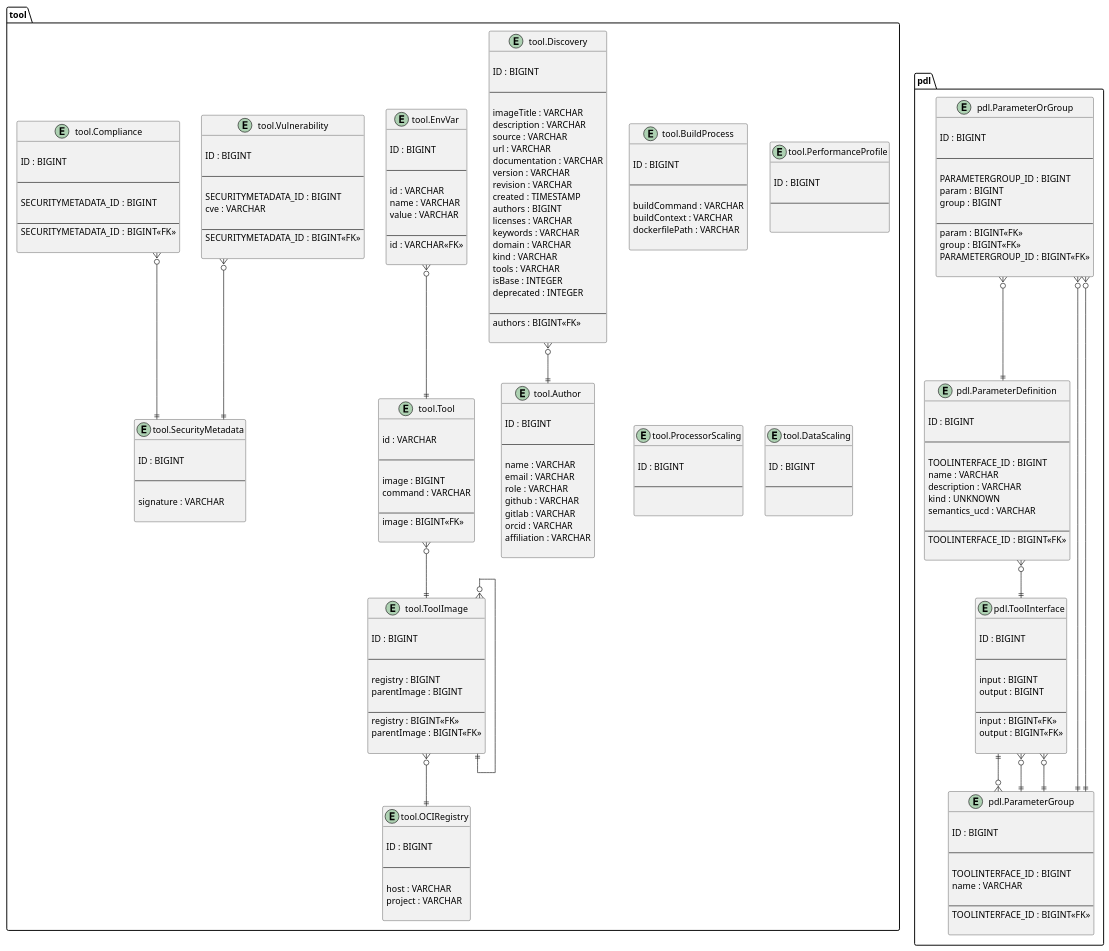
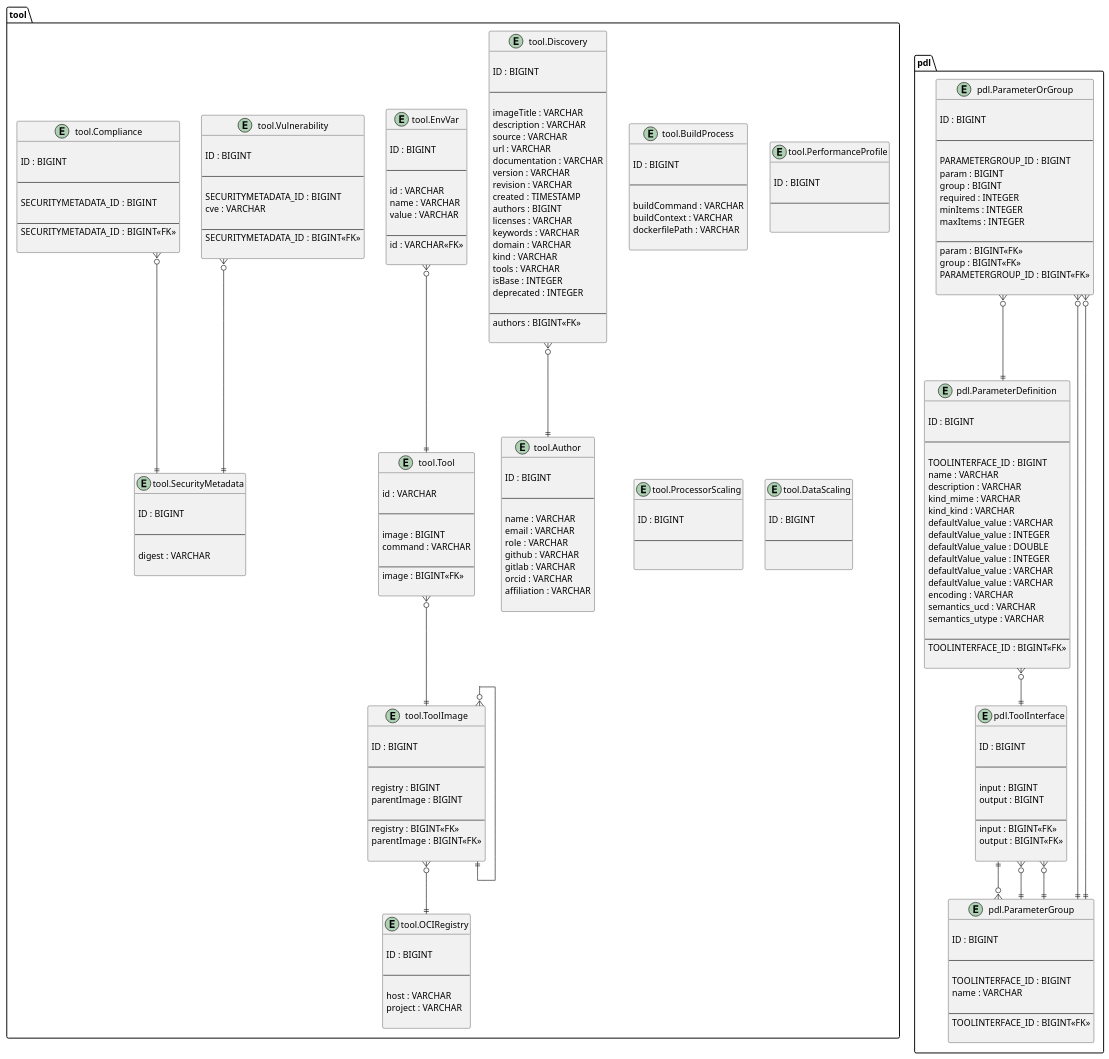
Before and after one commit to pahjbo/ExecutionDM: the diagram in generated/schema/ToolDM-v1.vo-dml.tap.plantuml, drawn with PlantUML. The commit also changed 157 other files, not shown here.

```diff
--- a/generated/schema/ToolDM-v1.vo-dml.tap.plantuml
+++ b/generated/schema/ToolDM-v1.vo-dml.tap.plantuml
@@ -111,7 +111,7 @@
 
 ---
 
-    signature : VARCHAR
+    digest : VARCHAR
 
 }
 
@@ -192,8 +192,17 @@
     TOOLINTERFACE_ID : BIGINT
 name : VARCHAR
 description : VARCHAR
-kind : UNKNOWN
+kind_mime : VARCHAR
+kind_kind : VARCHAR
+defaultValue_value : VARCHAR
+defaultValue_value : INTEGER
+defaultValue_value : DOUBLE
+defaultValue_value : INTEGER
+defaultValue_value : VARCHAR
+defaultValue_value : VARCHAR
+encoding : VARCHAR
 semantics_ucd : VARCHAR
+semantics_utype : VARCHAR
 
 ---
       TOOLINTERFACE_ID : BIGINT<<FK>>
@@ -223,6 +232,9 @@
     PARAMETERGROUP_ID : BIGINT
 param : BIGINT
 group : BIGINT
+required : INTEGER
+minItems : INTEGER
+maxItems : INTEGER
 
 ---
       param : BIGINT<<FK>>
```
